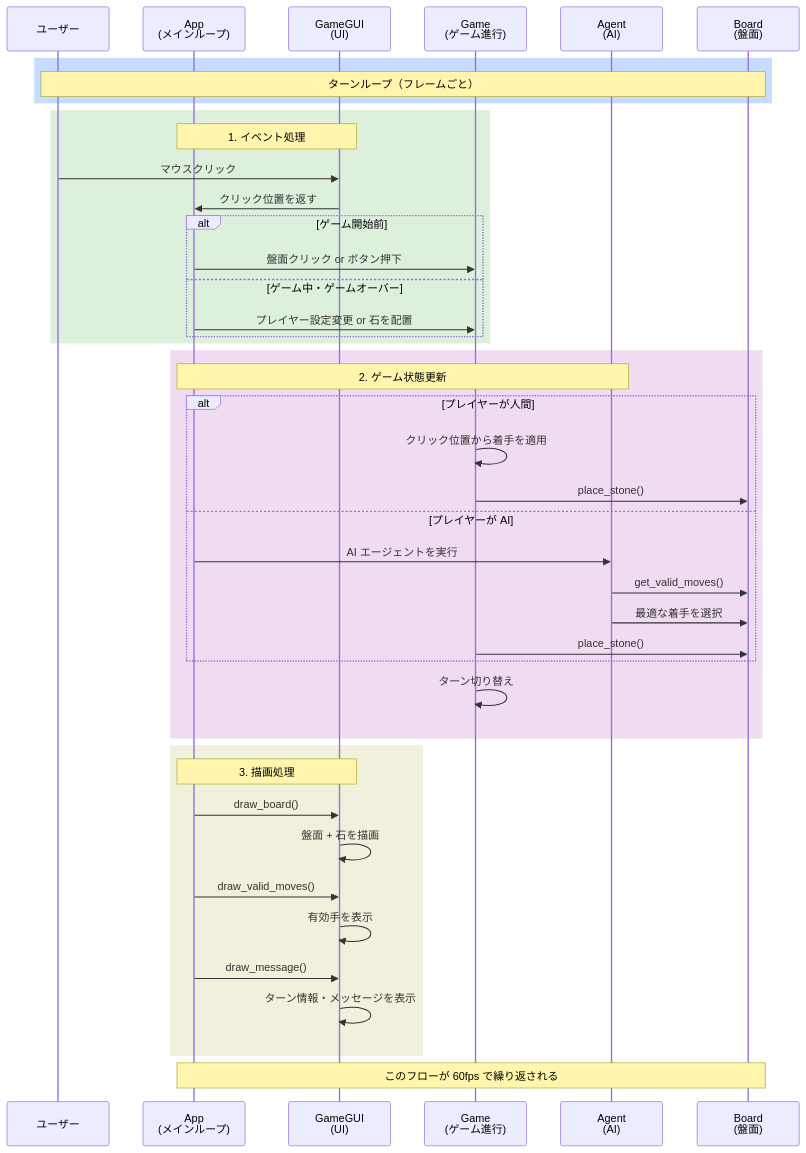
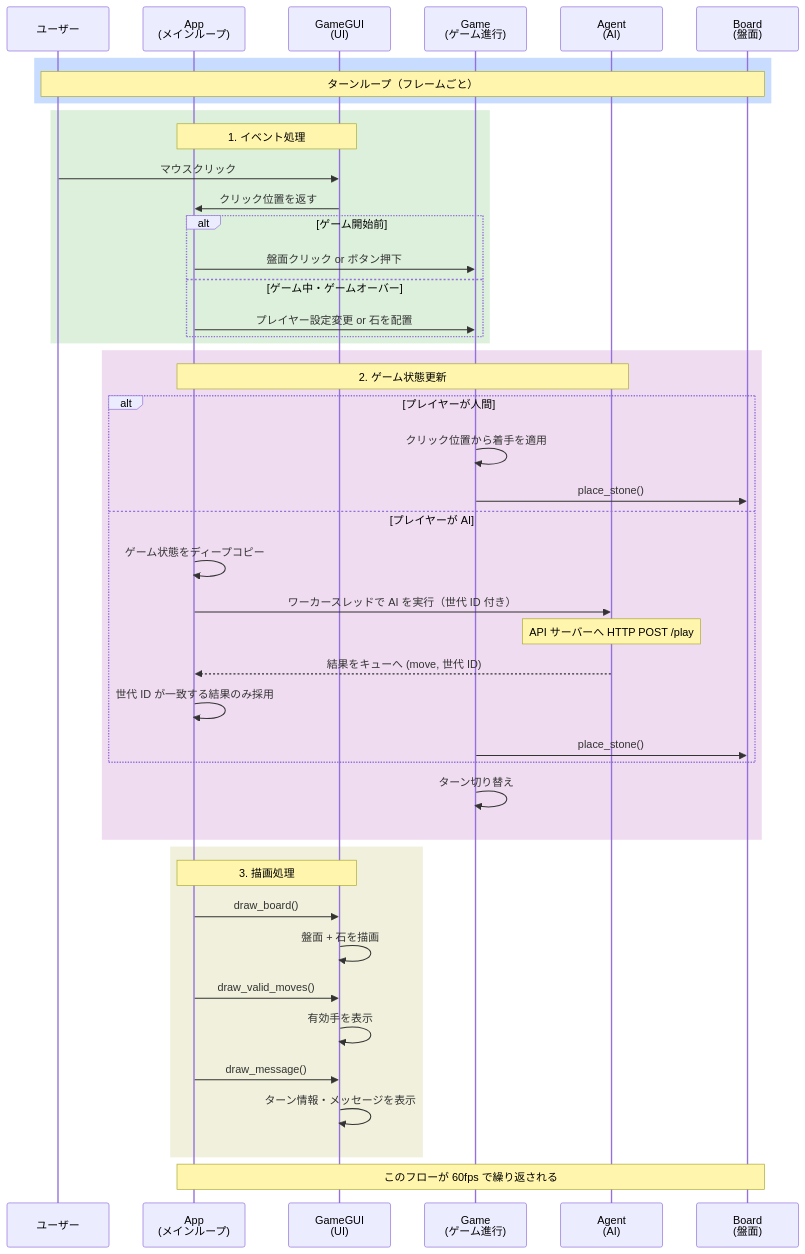
The second of 2 diagrams in reversi-py/README.md (katoy/study-gemini2), drawn with Mermaid before and after one commit. The commit also changed other lines of this file, not shown here.

````diff
--- a/reversi-py/README.md
+++ b/reversi-py/README.md
@@ -470,50 +491,52 @@
 ```mermaid
 sequenceDiagram
     participant User as ユーザー
     participant Main as App<br/>(メインループ)
     participant GUI as GameGUI<br/>(UI)
     participant Game as Game<br/>(ゲーム進行)
     participant Agent as Agent<br/>(AI)
     participant Board as Board<br/>(盤面)
 
     rect rgb(200, 220, 255)
         Note over User,Board: ターンループ（フレームごと）
     end
 
     rect rgb(220, 240, 220)
         Note over Main,GUI: 1. イベント処理
         User->>GUI: マウスクリック
         GUI->>Main: クリック位置を返す
         alt ゲーム開始前
             Main->>Game: 盤面クリック or ボタン押下
         else ゲーム中・ゲームオーバー
             Main->>Game: プレイヤー設定変更 or 石を配置
         end
     end
 
     rect rgb(240, 220, 240)
         Note over Main,Agent: 2. ゲーム状態更新
         alt プレイヤーが人間
             Game->>Game: クリック位置から着手を適用
             Game->>Board: place_stone()
         else プレイヤーが AI
-            Main->>Agent: AI エージェントを実行
-            Agent->>Board: get_valid_moves()
-            Agent->>Board: 最適な着手を選択
+            Main->>Main: ゲーム状態をディープコピー
+            Main->>Agent: ワーカースレッドで AI を実行（世代 ID 付き）
+            Note over Agent: API サーバーへ HTTP POST /play
+            Agent-->>Main: 結果をキューへ (move, 世代 ID)
+            Main->>Main: 世代 ID が一致する結果のみ採用
             Game->>Board: place_stone()
         end
         Game->>Game: ターン切り替え
     end
 
     rect rgb(240, 240, 220)
         Note over Main,GUI: 3. 描画処理
         Main->>GUI: draw_board()
         GUI->>GUI: 盤面 + 石を描画
         Main->>GUI: draw_valid_moves()
         GUI->>GUI: 有効手を表示
         Main->>GUI: draw_message()
         GUI->>GUI: ターン情報・メッセージを表示
     end
 
     Note over Main,Board: このフローが 60fps で繰り返される
 ```
````
